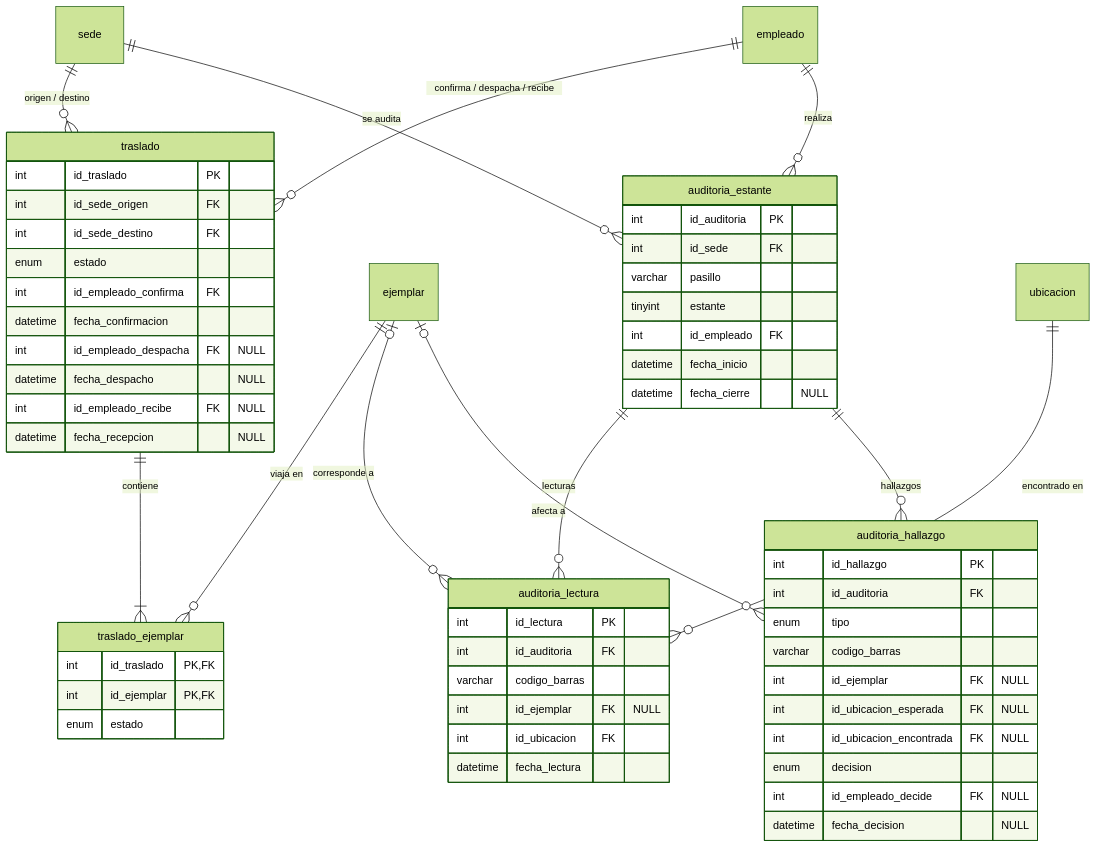
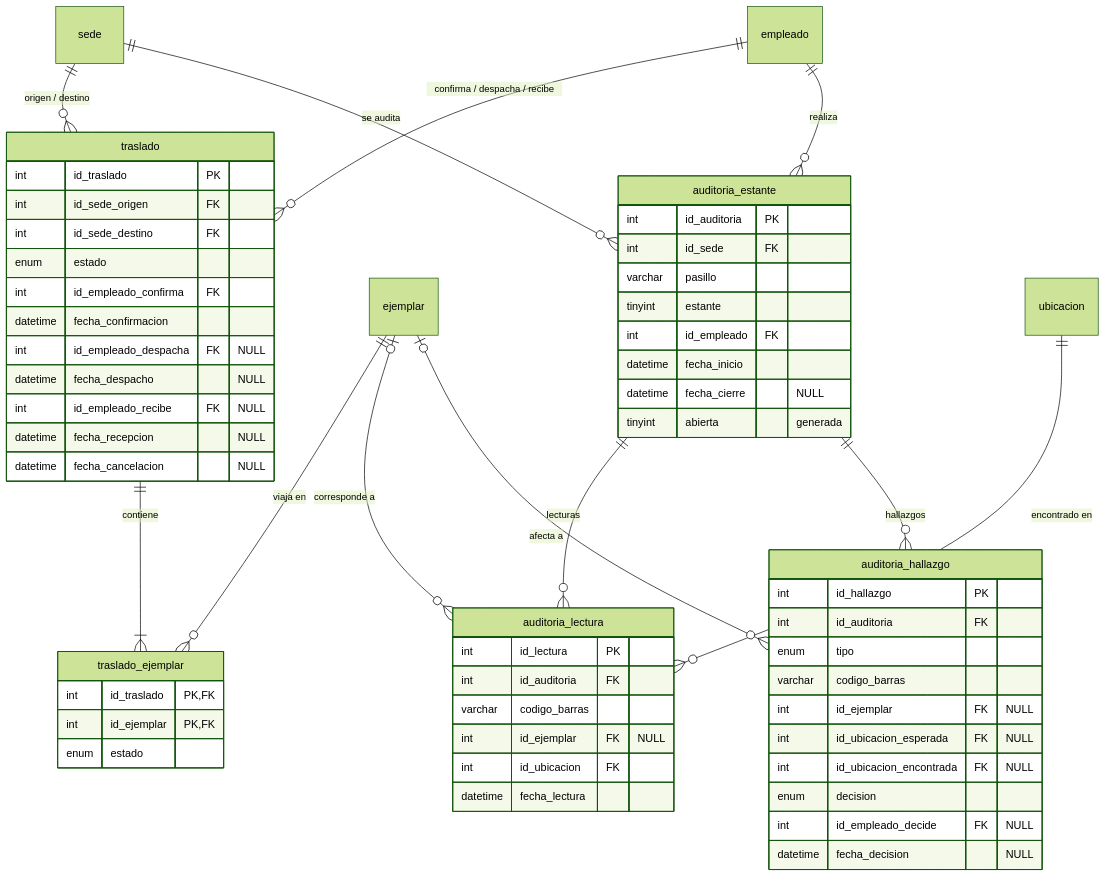
Before and after one commit to Parzivalml-35/bibliotecaNext: the third of 5 diagrams in docs/modelo-datos.md, drawn with Mermaid (forest theme). The commit also changed other lines of this file and 2 other files, not shown here.

````diff
--- a/docs/modelo-datos.md
+++ b/docs/modelo-datos.md
@@ -318,61 +318,63 @@
 ```mermaid
 erDiagram
     sede ||--o{ traslado : "origen / destino"
     empleado ||--o{ traslado : "confirma / despacha / recibe"
     traslado ||--|{ traslado_ejemplar : "contiene"
     ejemplar ||--o{ traslado_ejemplar : "viaja en"
     sede ||--o{ auditoria_estante : "se audita"
     empleado ||--o{ auditoria_estante : "realiza"
     auditoria_estante ||--o{ auditoria_lectura : "lecturas"
     ubicacion ||--o{ auditoria_lectura : "encontrado en"
     ejemplar |o--o{ auditoria_lectura : "corresponde a"
     auditoria_estante ||--o{ auditoria_hallazgo : "hallazgos"
     ejemplar |o--o{ auditoria_hallazgo : "afecta a"
 
     traslado {
         int id_traslado PK
         int id_sede_origen FK
         int id_sede_destino FK
         enum estado
         int id_empleado_confirma FK
         datetime fecha_confirmacion
         int id_empleado_despacha FK "NULL"
         datetime fecha_despacho "NULL"
         int id_empleado_recibe FK "NULL"
         datetime fecha_recepcion "NULL"
+        datetime fecha_cancelacion "NULL"
     }
     traslado_ejemplar {
         int id_traslado PK, FK
         int id_ejemplar PK, FK
         enum estado
     }
     auditoria_estante {
         int id_auditoria PK
         int id_sede FK
         varchar pasillo
         tinyint estante
         int id_empleado FK
         datetime fecha_inicio
         datetime fecha_cierre "NULL"
+        tinyint abierta "generada"
     }
     auditoria_lectura {
         int id_lectura PK
         int id_auditoria FK
         varchar codigo_barras
         int id_ejemplar FK "NULL"
         int id_ubicacion FK
         datetime fecha_lectura
     }
     auditoria_hallazgo {
         int id_hallazgo PK
         int id_auditoria FK
         enum tipo
         varchar codigo_barras
         int id_ejemplar FK "NULL"
         int id_ubicacion_esperada FK "NULL"
         int id_ubicacion_encontrada FK "NULL"
         enum decision
         int id_empleado_decide FK "NULL"
         datetime fecha_decision "NULL"
     }
 ```
````
